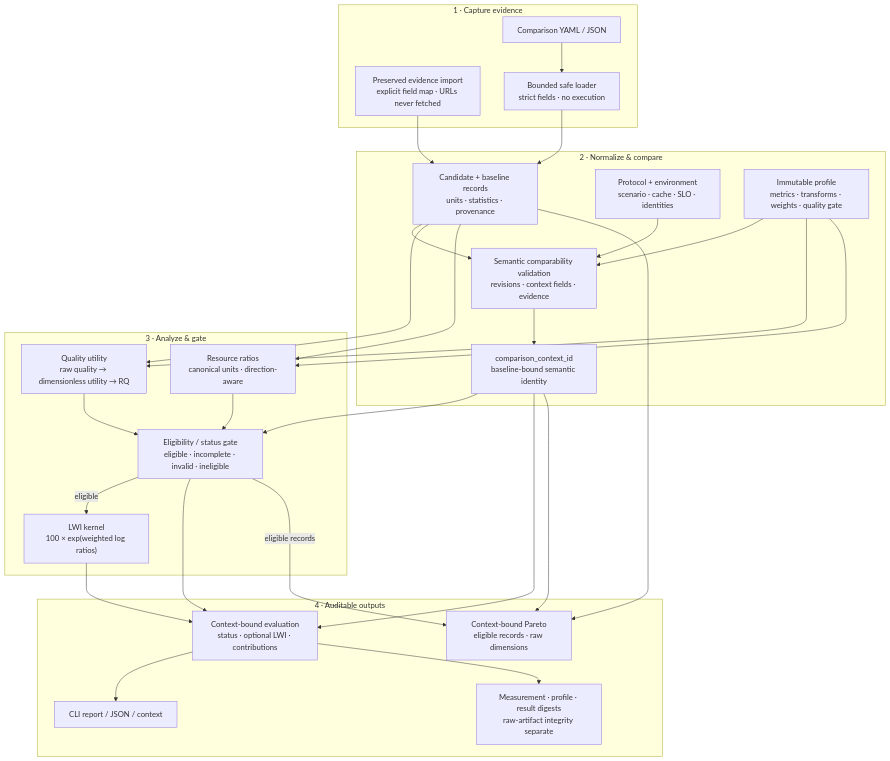
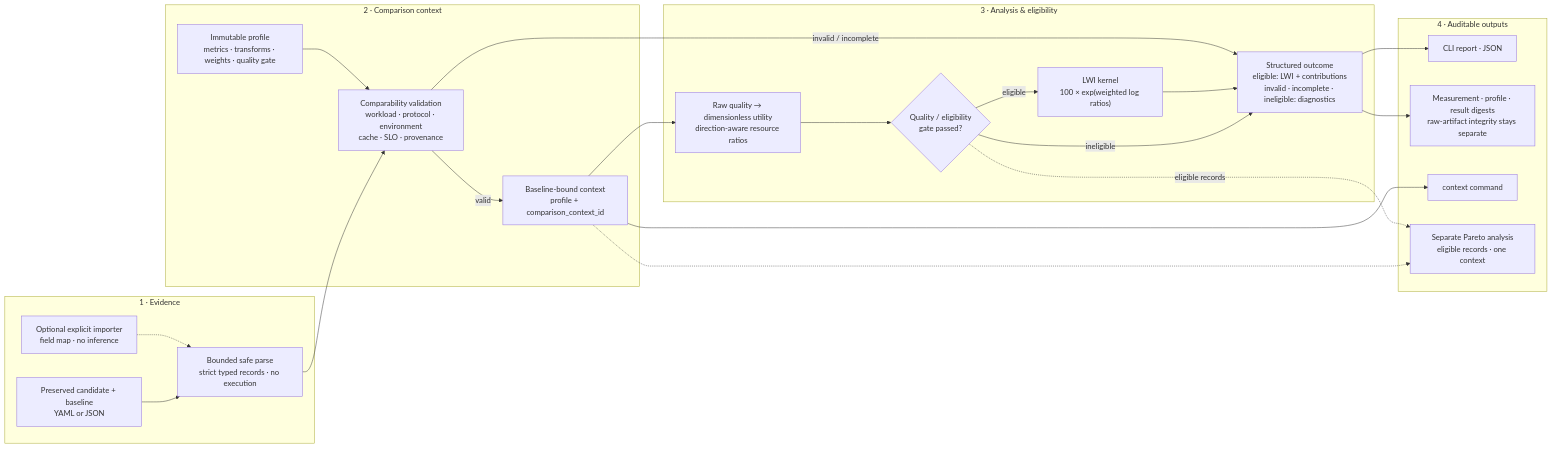
One commit to weby-homelab/llm-weissman-index changed the diagram in README.md. Above: the diagram before and after it, drawn with Mermaid. The commit also changed other lines of this file, not shown here.

Commit message:
docs: clarify the LWI evaluation pipeline

````diff
--- a/README.md
+++ b/README.md
@@ -53,57 +56,47 @@
 ```mermaid
-flowchart TB
+flowchart LR
     accTitle: LLM Weissman Index evaluation pipeline
-    accDescr: Untrusted comparison evidence is parsed and validated, combined with an immutable profile, gated for eligibility, and emitted as context-bound reports, digests, and Pareto analysis.
+    accDescr: Preserved candidate and baseline evidence is parsed safely, checked for comparability against an immutable profile, analyzed only after validation, gated for eligibility, and emitted as context-bound reports and digests. Invalid, incomplete, and ineligible records keep diagnostics without a leaderboard score. Pareto is a separate same-context analysis.
 
-    subgraph CAPTURE["1 · Capture evidence"]
-        INPUT["Comparison YAML / JSON"]
-        IMPORT["Preserved evidence import<br/>explicit field map · URLs never fetched"]
-        SAFE["Bounded safe loader<br/>strict fields · no execution"]
-        INPUT --> SAFE
+    subgraph EVIDENCE["1 · Evidence"]
+        INPUT["Preserved candidate + baseline<br/>YAML or JSON"]
+        PARSE["Bounded safe parse<br/>strict typed records · no execution"]
+        ADAPTER["Optional explicit importer<br/>field map · no inference"]
+        INPUT --> PARSE
+        ADAPTER -.-> PARSE
     end
 
-    subgraph NORMALIZE["2 · Normalize & compare"]
-        RECORDS["Candidate + baseline records<br/>units · statistics · provenance"]
-        PROTOCOL["Protocol + environment<br/>scenario · cache · SLO · identities"]
+    subgraph CONTEXT["2 · Comparison context"]
+        VALIDATE["Comparability validation<br/>workload · protocol · environment<br/>cache · SLO · provenance"]
         PROFILE["Immutable profile<br/>metrics · transforms · weights · quality gate"]
-        VALIDATE["Semantic comparability validation<br/>revisions · context fields · evidence"]
-        CONTEXT["comparison_context_id<br/>baseline-bound semantic identity"]
-        SAFE --> RECORDS
-        IMPORT --> RECORDS
-        RECORDS --> VALIDATE
-        PROTOCOL --> VALIDATE
+        READY["Baseline-bound context<br/>profile + comparison_context_id"]
+        PARSE --> VALIDATE
         PROFILE --> VALIDATE
-        VALIDATE --> CONTEXT
+        VALIDATE -->|valid| READY
     end
 
-    subgraph ANALYZE["3 · Analyze & gate"]
-        QUALITY["Quality utility<br/>raw quality → dimensionless utility → RQ"]
-        RATIOS["Resource ratios<br/>canonical units · direction-aware"]
-        STATUS["Eligibility / status gate<br/>eligible · incomplete · invalid · ineligible"]
+    subgraph ANALYSIS["3 · Analysis & eligibility"]
+        CALC["Raw quality → dimensionless utility<br/>direction-aware resource ratios"]
+        GATE{"Quality / eligibility<br/>gate passed?"}
         KERNEL["LWI kernel<br/>100 × exp(weighted log ratios)"]
-        RECORDS --> QUALITY
-        RECORDS --> RATIOS
-        PROFILE --> QUALITY
-        PROFILE --> RATIOS
-        QUALITY --> STATUS
-        RATIOS --> STATUS
-        CONTEXT --> STATUS
-        STATUS -->|eligible| KERNEL
+        STATUS["Structured outcome<br/>eligible: LWI + contributions<br/>invalid · incomplete · ineligible: diagnostics"]
+        READY --> CALC
+        CALC --> GATE
+        GATE -->|eligible| KERNEL
+        GATE -->|ineligible| STATUS
+        KERNEL --> STATUS
+        VALIDATE -->|invalid / incomplete| STATUS
     end
 
     subgraph OUTPUTS["4 · Auditable outputs"]
-        EVALUATION["Context-bound evaluation<br/>status · optional LWI · contributions"]
-        REPORT["CLI report / JSON / context"]
-        DIGESTS["Measurement · profile · result digests<br/>raw-artifact integrity separate"]
-        PARETO["Context-bound Pareto<br/>eligible records · raw dimensions"]
-        EVALUATION --> REPORT
-        EVALUATION --> DIGESTS
+        REPORT["CLI report · JSON"]
+        DIGESTS["Measurement · profile · result digests<br/>raw-artifact integrity stays separate"]
+        CONTEXT_CMD["context command"]
+        PARETO["Separate Pareto analysis<br/>eligible records · one context"]
+        STATUS --> REPORT
+        STATUS --> DIGESTS
+        READY --> CONTEXT_CMD
+        READY -.-> PARETO
+        GATE -.->|eligible records| PARETO
     end
-
-    STATUS --> EVALUATION
-    KERNEL --> EVALUATION
-    CONTEXT --> EVALUATION
-    RECORDS --> PARETO
-    CONTEXT --> PARETO
-    STATUS -->|eligible records| PARETO
 ```
````
